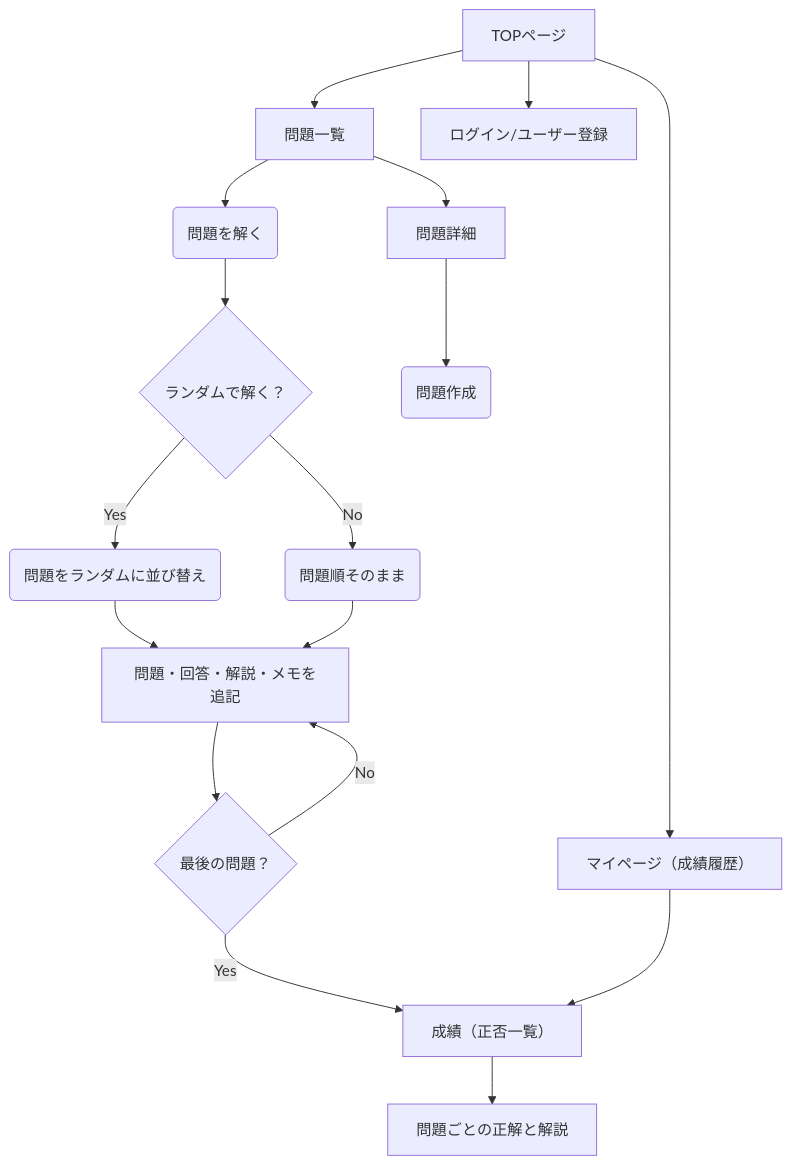
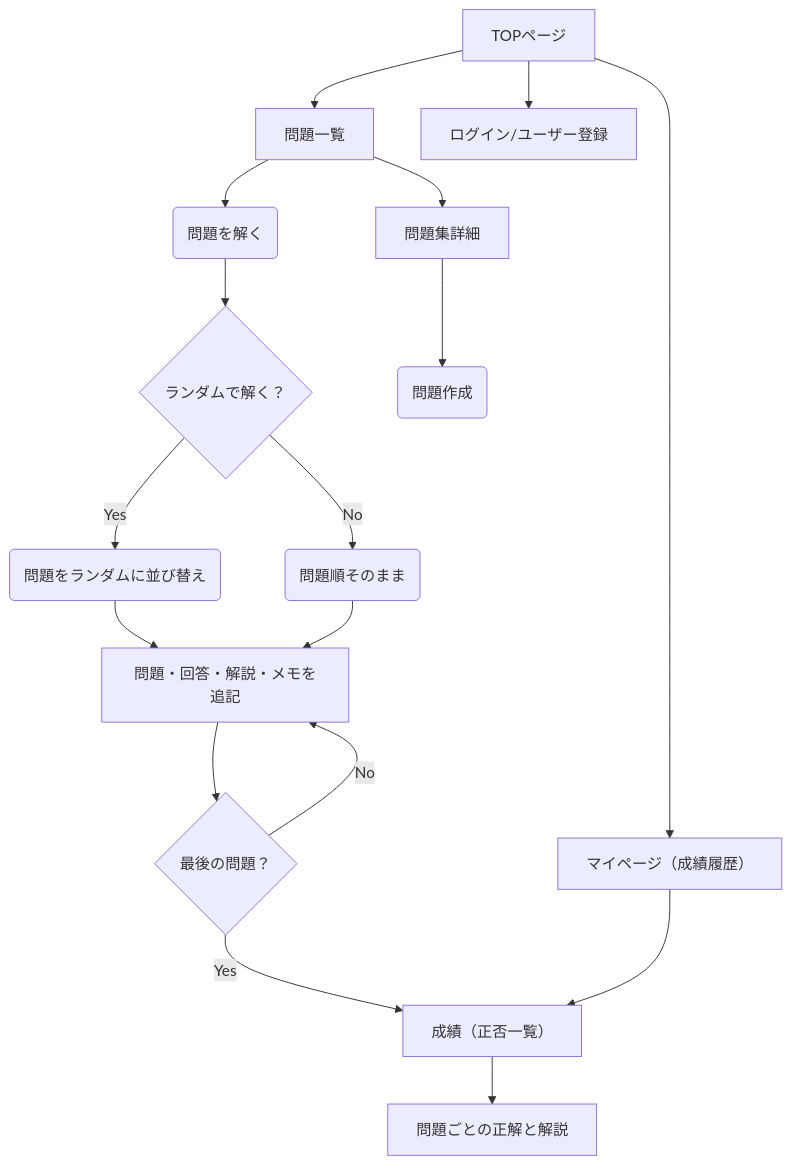
The first of 2 diagrams in README.md (ChisatoMatoba/Study_for_Ruby_test), drawn with Mermaid before and after one commit. The commit also changed other lines of this file, not shown here.

````diff
--- a/README.md
+++ b/README.md
@@ -46,33 +46,33 @@
 ```mermaid
 flowchart TB
   node_4["TOPページ"]
   node_5["問題一覧"]
   node_6("問題を解く")
   node_7{"ランダムで解く？"}
   node_8("問題をランダムに並び替え")
   node_9("問題順そのまま")
   node_10["問題・回答・解説・メモを追記"]
   node_11{"最後の問題？"}
   node_12["成績（正否一覧）"]
-  node_13["問題詳細"]
+  node_13["問題集詳細"]
   node_14("問題作成")
   node_15["マイページ（成績履歴）"]
   node_16["問題ごとの正解と解説"]
   node_17["ログイン/ユーザー登録"]
   node_4 --> node_5
   node_5 --> node_6
   node_6 --> node_7
   node_7 --"Yes"--> node_8
   node_7 --"No"--> node_9
   node_8 --> node_10
   node_9 --> node_10
   node_10 --> node_11
   node_11 --"No"--> node_10
   node_11 --"Yes"--> node_12
   node_5 --> node_13
   node_13 --> node_14
   node_4 --> node_15
   node_15 --> node_12
   node_12 --> node_16
   node_4 --> node_17
 ```
````
